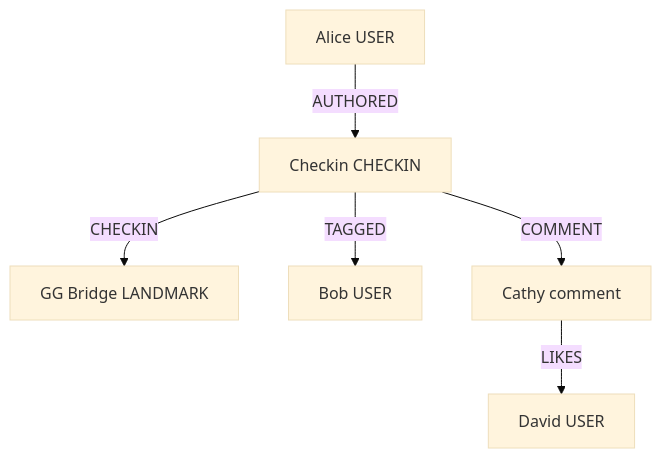
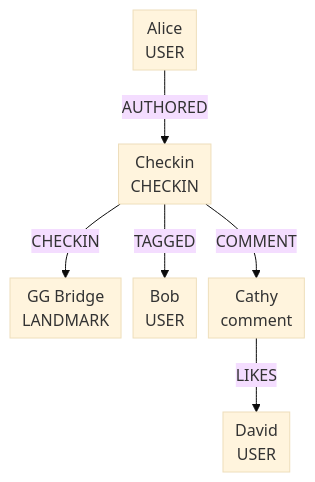
Before and after one commit to mimi146/blog: the first of 2 diagrams in src/content/blog/tao-facebooks-social-graph-store.md, drawn with Mermaid (base theme). The commit also changed other lines of this file, not shown here.

Commit message:
TAO post: fit Mermaid figures to 12px+ on phones (line breaks + tighter spacing only)

````diff
--- a/src/content/blog/tao-facebooks-social-graph-store.md
+++ b/src/content/blog/tao-facebooks-social-graph-store.md
@@ -34,10 +34,11 @@
 ```mermaid
+%%{init: {"flowchart": {"nodeSpacing": 12, "padding": 6, "diagramPadding": 4}}}%%
 flowchart TB
     accTitle: Checkin as objects and associations
     accDescr: Alice authors a checkin object linked to the Golden Gate Bridge landmark. The checkin tags Bob and has a comment from Cathy that David likes. Nodes are typed objects; edges are typed associations.
-    Alice["Alice USER"] -->|"AUTHORED"| Checkin["Checkin CHECKIN"]
-    Checkin -->|"CHECKIN"| Bridge["GG Bridge LANDMARK"]
-    Checkin -->|"TAGGED"| Bob["Bob USER"]
-    Checkin -->|"COMMENT"| Comment["Cathy comment"]
-    Comment -->|"LIKES"| David["David USER"]
+    Alice["Alice<br/>USER"] -->|"AUTHORED"| Checkin["Checkin<br/>CHECKIN"]
+    Checkin -->|"CHECKIN"| Bridge["GG Bridge<br/>LANDMARK"]
+    Checkin -->|"TAGGED"| Bob["Bob<br/>USER"]
+    Checkin -->|"COMMENT"| Comment["Cathy<br/>comment"]
+    Comment -->|"LIKES"| David["David<br/>USER"]
 ```
````
